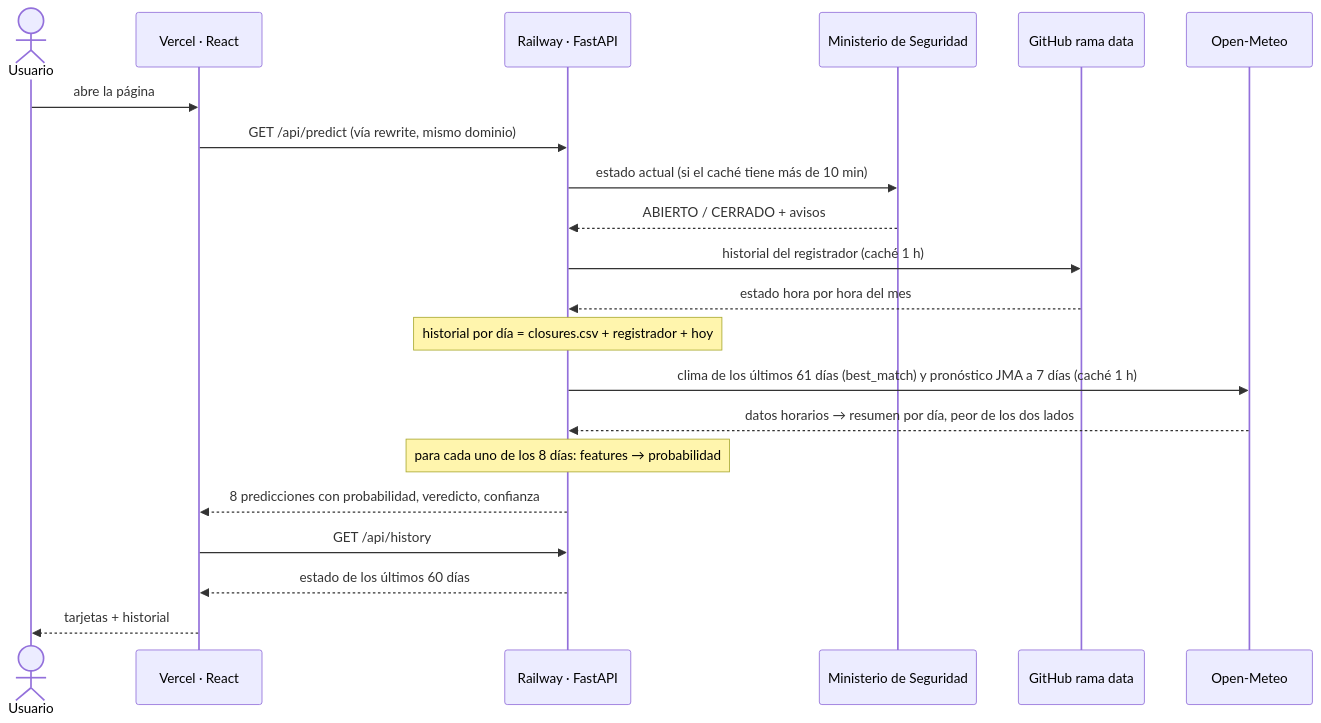
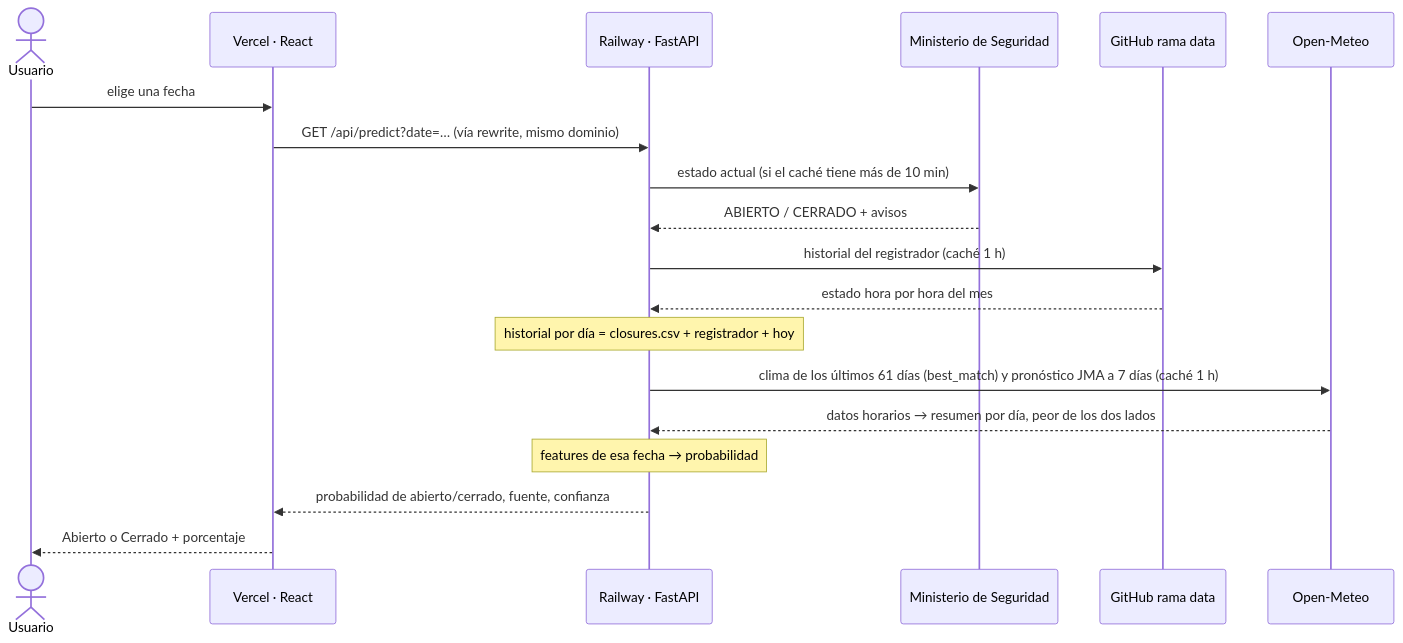
One commit to theit0/paso-cristo-redentor changed the third of 4 diagrams in README.md. Above: the diagram before and after it, drawn with Mermaid. The commit also changed other lines of this file and 26 other files, not shown here.

First line of the commit message:
App simplificada con shadcn/ui: una fecha → Abierto o Cerrado con su porcentaje

````diff
--- a/README.md
+++ b/README.md
@@ -114,24 +114,22 @@
 ```mermaid
 sequenceDiagram
     actor U as Usuario
     participant V as Vercel · React
     participant R as Railway · FastAPI
     participant G as Ministerio de Seguridad
     participant D as GitHub rama data
     participant O as Open-Meteo
 
-    U->>V: abre la página
-    V->>R: GET /api/predict (vía rewrite, mismo dominio)
+    U->>V: elige una fecha
+    V->>R: GET /api/predict?date=… (vía rewrite, mismo dominio)
     R->>G: estado actual (si el caché tiene más de 10 min)
     G-->>R: ABIERTO / CERRADO + avisos
     R->>D: historial del registrador (caché 1 h)
     D-->>R: estado hora por hora del mes
     Note over R: historial por día = closures.csv + registrador + hoy
     R->>O: clima de los últimos 61 días (best_match) y pronóstico JMA a 7 días (caché 1 h)
     O-->>R: datos horarios → resumen por día, peor de los dos lados
-    Note over R: para cada uno de los 8 días: features → probabilidad
-    R-->>V: 8 predicciones con probabilidad, veredicto, confianza
-    V->>R: GET /api/history
-    R-->>V: estado de los últimos 60 días
-    V-->>U: tarjetas + historial
+    Note over R: features de esa fecha → probabilidad
+    R-->>V: probabilidad de abierto/cerrado, fuente, confianza
+    V-->>U: Abierto o Cerrado + porcentaje
 ```
````
